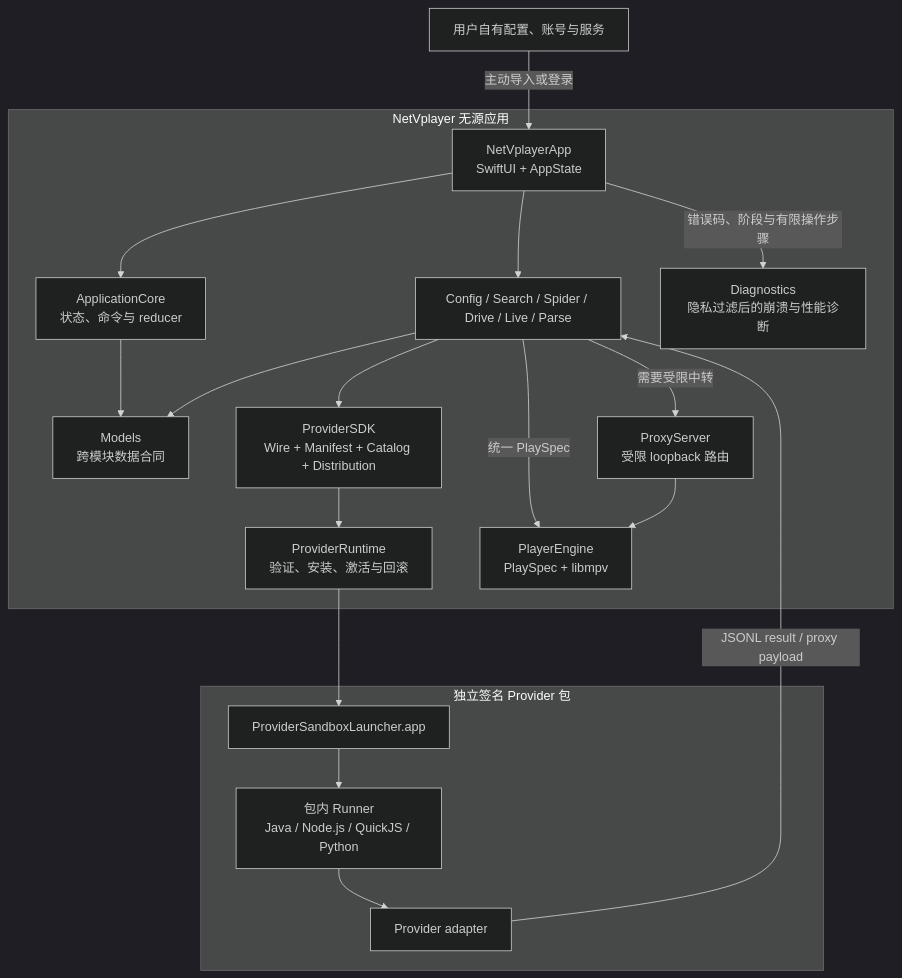
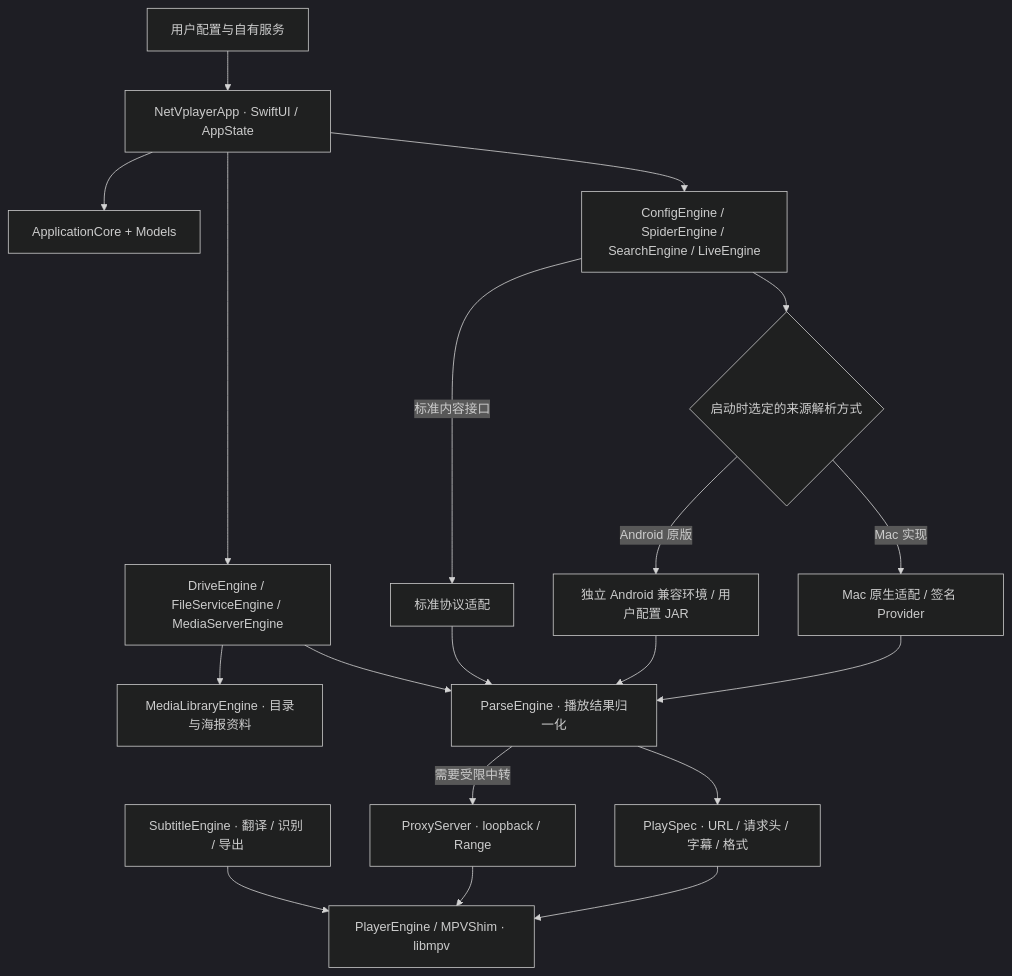
One commit to spudhero/NetVplayer changed the first of 2 diagrams in ARCHITECTURE.md. Above: the diagram before and after it, drawn with Mermaid (dark theme). The commit also changed other lines of this file and 25 other files, not shown here.

Commit message:
docs: introduce the complete NetVplayer experience

````diff
--- a/ARCHITECTURE.md
+++ b/ARCHITECTURE.md
@@ -14,38 +13,21 @@
 ```mermaid
 flowchart TB
-    User[用户自有配置、账号与服务]
-
-    subgraph App[NetVplayer 无源应用]
-        UI[NetVplayerApp<br>SwiftUI + AppState]
-        Core[ApplicationCore<br>状态、命令与 reducer]
-        Models[Models<br>跨模块数据合同]
-        Content[Config / Search / Spider / Drive / Live / Parse]
-        SDK[ProviderSDK<br>Wire + Manifest + Catalog + Distribution]
-        Runtime[ProviderRuntime<br>验证、安装、激活与回滚]
-        Proxy[ProxyServer<br>受限 loopback 路由]
-        Player[PlayerEngine<br>PlaySpec + libmpv]
-        Diagnostics[Diagnostics<br>隐私过滤后的崩溃与性能诊断]
-    end
-
-    subgraph Extension[独立签名 Provider 包]
-        Sandbox[ProviderSandboxLauncher.app]
-        Runner[包内 Runner<br>Java / Node.js / QuickJS / Python]
-        Provider[Provider adapter]
-    end
-
-    User -->|主动导入或登录| UI
-    UI --> Core
-    Core --> Models
-    UI --> Content
-    Content --> Models
-    Content --> SDK
-    SDK --> Runtime
-    Runtime --> Sandbox
-    Sandbox --> Runner
-    Runner --> Provider
-    Provider -->|JSONL result / proxy payload| Content
-    Content -->|统一 PlaySpec| Player
-    Content -->|需要受限中转| Proxy
+    User[用户配置与自有服务] --> UI[NetVplayerApp · SwiftUI / AppState]
+    UI --> Core[ApplicationCore + Models]
+    UI --> Catalog[ConfigEngine / SpiderEngine / SearchEngine / LiveEngine]
+    UI --> Files[DriveEngine / FileServiceEngine / MediaServerEngine]
+    Files --> Library[MediaLibraryEngine · 目录与海报资料]
+    Catalog --> Choice{启动时选定的来源解析方式}
+    Choice -->|Mac 实现| Native[Mac 原生适配 / 签名 Provider]
+    Choice -->|Android 原版| Android[独立 Android 兼容环境 / 用户配置 JAR]
+    Catalog -->|标准内容接口| Standard[标准协议适配]
+    Native --> Resolve[ParseEngine · 播放结果归一化]
+    Android --> Resolve
+    Standard --> Resolve
+    Files --> Resolve
+    Resolve --> Spec[PlaySpec · URL / 请求头 / 字幕 / 格式]
+    Spec --> Player[PlayerEngine / MPVShim · libmpv]
+    Resolve -->|需要受限中转| Proxy[ProxyServer · loopback / Range]
     Proxy --> Player
-    UI -->|错误码、阶段与有限操作步骤| Diagnostics
+    Subtitle[SubtitleEngine · 翻译 / 识别 / 导出] --> Player
 ```
````
